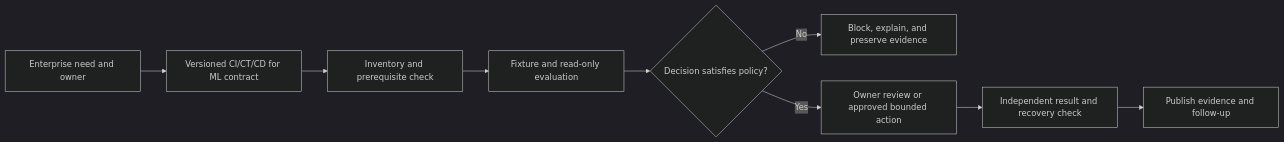
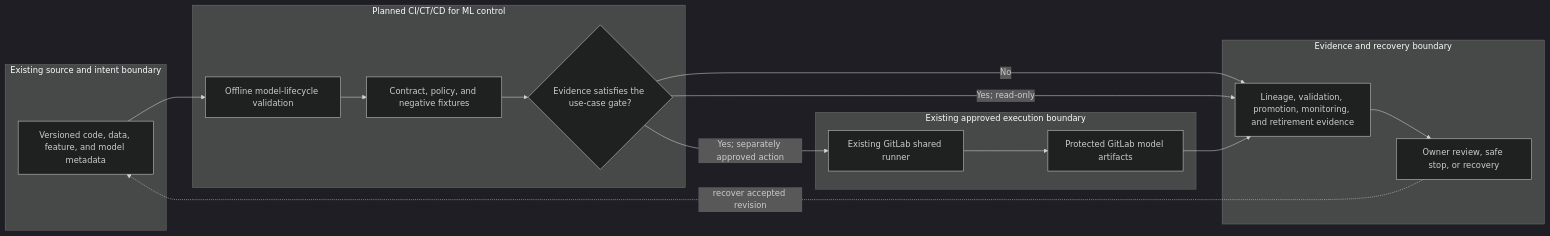
The diagram in docs/use-cases/mlops/UC-MLOPS-005-ci-ct-cd-for-ml.md (MIDHTECH/enterprise-architecture-docs), drawn with Mermaid (dark theme) before and after one commit. The commit also changed other lines of this file and 227 other files, not shown here.

Commit message:
Deepen architecture for all use case designs

````diff
--- a/docs/use-cases/mlops/UC-MLOPS-005-ci-ct-cd-for-ml.md
+++ b/docs/use-cases/mlops/UC-MLOPS-005-ci-ct-cd-for-ml.md
@@ -136,11 +129,25 @@
 ```mermaid
 flowchart LR
-    Need["Enterprise need and owner"] --> Contract["Versioned CI/CT/CD for ML contract"]
-    Contract --> Preflight["Inventory and prerequisite check"]
-    Preflight --> Evaluate["Fixture and read-only evaluation"]
-    Evaluate --> Decision{"Decision satisfies policy?"}
-    Decision -->|No| Stop["Block, explain, and preserve evidence"]
-    Decision -->|Yes| Review["Owner review or approved bounded action"]
-    Review --> Verify["Independent result and recovery check"]
-    Verify --> Publish["Publish evidence and follow-up"]
+    subgraph Source["Existing source and intent boundary"]
+        A["Versioned code, data, feature, and model metadata"]
+    end
+    subgraph Planned["Planned CI/CT/CD for ML control"]
+        B["Offline model-lifecycle validation"]
+        C["Contract, policy, and negative fixtures"]
+        D{"Evidence satisfies the use-case gate?"}
+    end
+    subgraph Runtime["Existing approved execution boundary"]
+        E["Existing GitLab shared runner"]
+        F["Protected GitLab model artifacts"]
+    end
+    subgraph Assurance["Evidence and recovery boundary"]
+        G["Lineage, validation, promotion, monitoring, and retirement evidence"]
+        H["Owner review, safe stop, or recovery"]
+    end
+
+    A --> B --> C --> D
+    D -->|No| G --> H
+    D -->|Yes; read-only| G
+    D -->|Yes; separately approved action| E --> F --> G
+    H -. recover accepted revision .-> A
 ```
````
